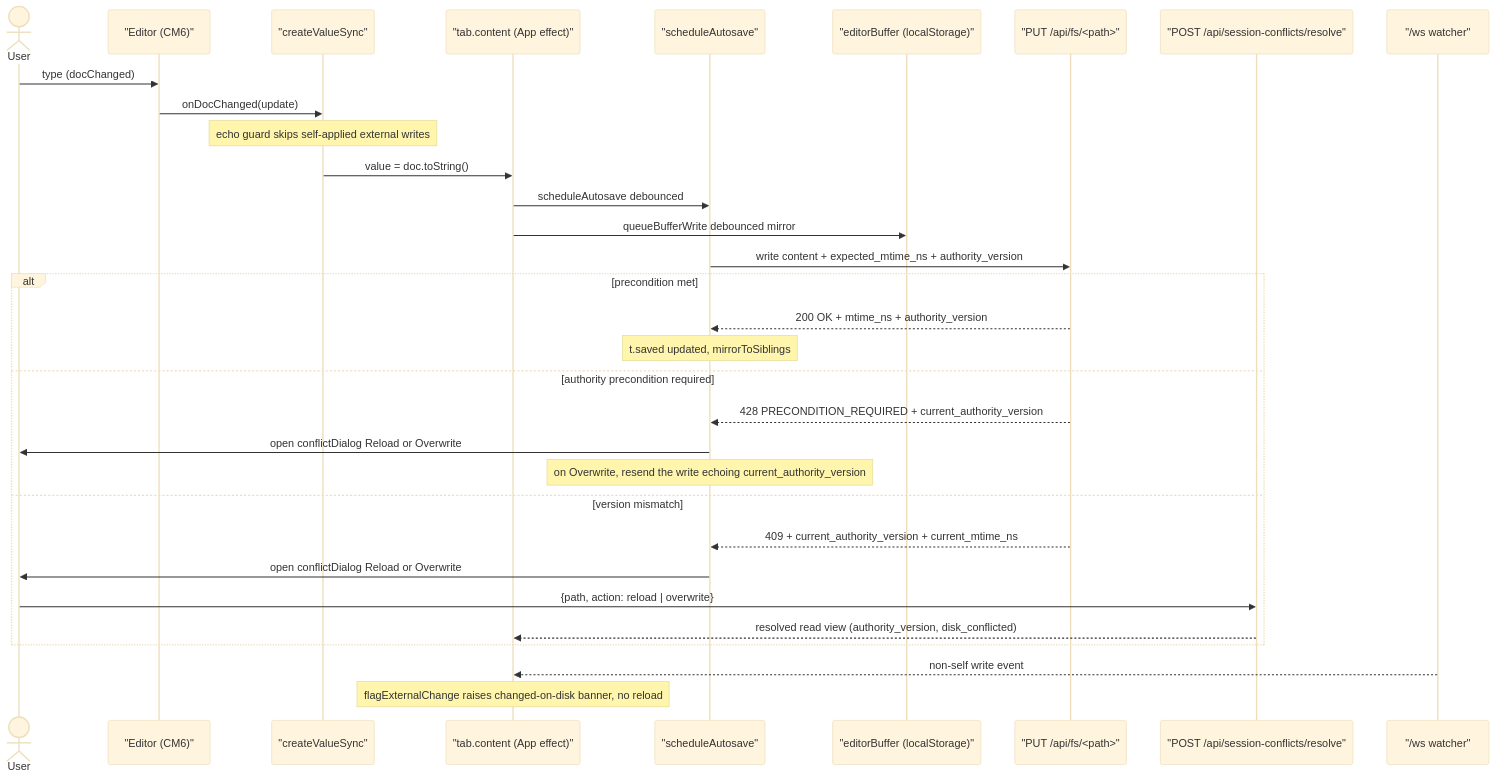
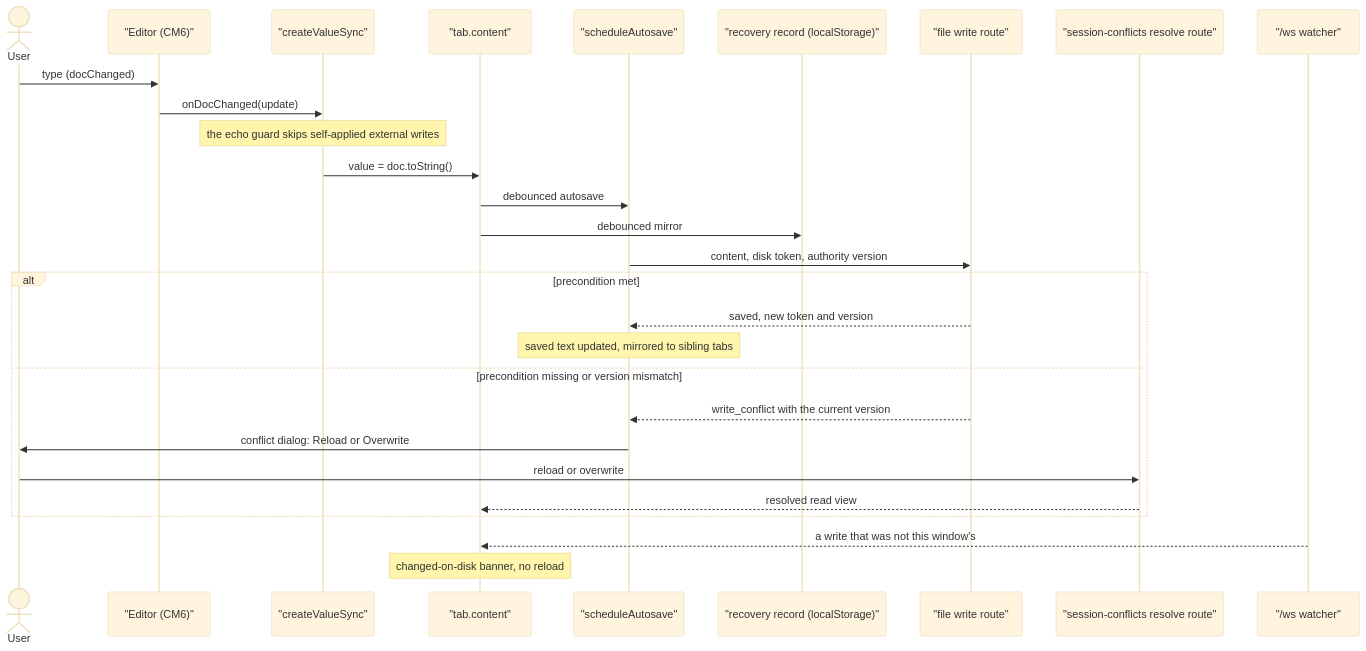
The fourth of 4 diagrams in web/packages/workspace-app/src/editor/design.md (fiorix/chan), drawn with Mermaid (base theme) before and after one commit. The commit also changed other lines of this file and 17 other files, not shown here.

````diff
--- a/web/packages/workspace-app/src/editor/design.md
+++ b/web/packages/workspace-app/src/editor/design.md
@@ -214,35 +166,31 @@
 ```mermaid
 sequenceDiagram
     actor User
     participant CM as "Editor (CM6)"
     participant Sync as "createValueSync"
-    participant Tab as "tab.content (App effect)"
+    participant Tab as "tab.content"
     participant Save as "scheduleAutosave"
-    participant LS as "editorBuffer (localStorage)"
-    participant Srv as "PUT /api/fs/<path>"
-    participant Res as "POST /api/session-conflicts/resolve"
+    participant LS as "recovery record (localStorage)"
+    participant Srv as "file write route"
+    participant Res as "session-conflicts resolve route"
     participant WS as "/ws watcher"
 
     User->>CM: type (docChanged)
     CM->>Sync: onDocChanged(update)
-    Note over Sync: echo guard skips self-applied external writes
+    Note over Sync: the echo guard skips self-applied external writes
     Sync->>Tab: value = doc.toString()
-    Tab->>Save: scheduleAutosave debounced
-    Tab->>LS: queueBufferWrite debounced mirror
-    Save->>Srv: write content + expected_mtime_ns + authority_version
+    Tab->>Save: debounced autosave
+    Tab->>LS: debounced mirror
+    Save->>Srv: content, disk token, authority version
     alt precondition met
-        Srv-->>Save: 200 OK + mtime_ns + authority_version
-        Note over Save: t.saved updated, mirrorToSiblings
-    else authority precondition required
-        Srv-->>Save: 428 PRECONDITION_REQUIRED + current_authority_version
-        Save->>User: open conflictDialog Reload or Overwrite
-        Note over Save: on Overwrite, resend the write echoing current_authority_version
-    else version mismatch
-        Srv-->>Save: 409 + current_authority_version + current_mtime_ns
-        Save->>User: open conflictDialog Reload or Overwrite
-        User->>Res: {path, action: reload | overwrite}
-        Res-->>Tab: resolved read view (authority_version, disk_conflicted)
+        Srv-->>Save: saved, new token and version
+        Note over Save: saved text updated, mirrored to sibling tabs
+    else precondition missing or version mismatch
+        Srv-->>Save: write_conflict with the current version
+        Save->>User: conflict dialog: Reload or Overwrite
+        User->>Res: reload or overwrite
+        Res-->>Tab: resolved read view
     end
-    WS-->>Tab: non-self write event
-    Note over Tab: flagExternalChange raises changed-on-disk banner, no reload
+    WS-->>Tab: a write that was not this window's
+    Note over Tab: changed-on-disk banner, no reload
 ```
````
